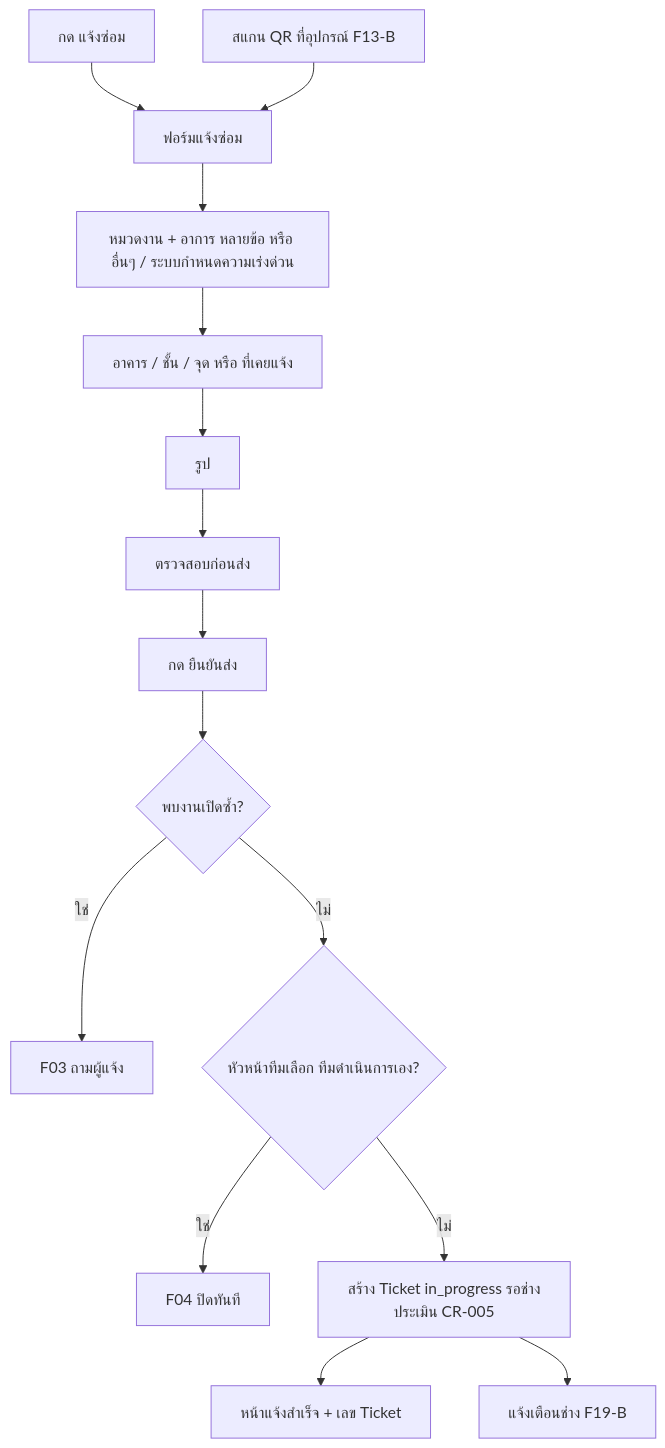
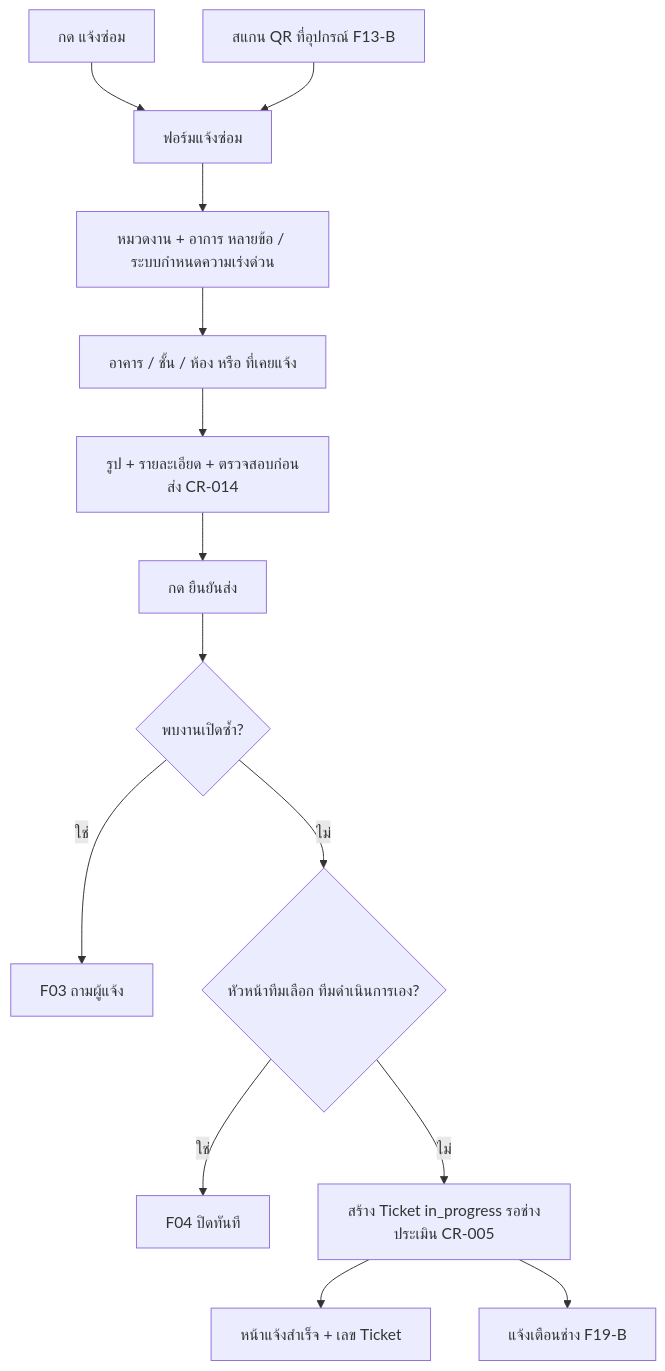
One commit to pithawat/BAMBAM changed the fourth of 13 diagrams in docs/modules/repair/02-flows.md. Above: the diagram before and after it, drawn with Mermaid. The commit also changed other lines of this file and 40 other files, not shown here.

````diff
--- a/docs/modules/repair/02-flows.md
+++ b/docs/modules/repair/02-flows.md
@@ -123,12 +123,12 @@
 ```mermaid
 flowchart TD
   A1[กด แจ้งซ่อม] --> F[ฟอร์มแจ้งซ่อม]
   A2[สแกน QR ที่อุปกรณ์ F13-B] --> F
-  F --> S1[หมวดงาน + อาการ หลายข้อ หรือ อื่นๆ / ระบบกำหนดความเร่งด่วน] --> S2[อาคาร / ชั้น / จุด หรือ ที่เคยแจ้ง] --> S3[รูป] --> S4[ตรวจสอบก่อนส่ง] --> SUB[กด ยืนยันส่ง]
+  F --> S1[หมวดงาน + อาการ หลายข้อ / ระบบกำหนดความเร่งด่วน] --> S2[อาคาร / ชั้น / ห้อง หรือ ที่เคยแจ้ง] --> S3[รูป + รายละเอียด + ตรวจสอบก่อนส่ง CR-014] --> SUB[กด ยืนยันส่ง]
   SUB --> D1{พบงานเปิดซ้ำ?}
   D1 -- ใช่ --> F03[F03 ถามผู้แจ้ง]
   D1 -- ไม่ --> D2{หัวหน้าทีมเลือก ทีมดำเนินการเอง?}
   D2 -- ใช่ --> F04[F04 ปิดทันที]
   D2 -- ไม่ --> T[สร้าง Ticket in_progress รอช่างประเมิน CR-005] --> OK[หน้าแจ้งสำเร็จ + เลข Ticket]
   T --> N[แจ้งเตือนช่าง F19-B]
 ```
````
